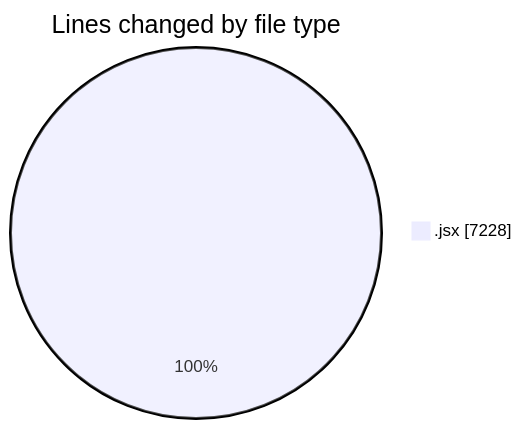
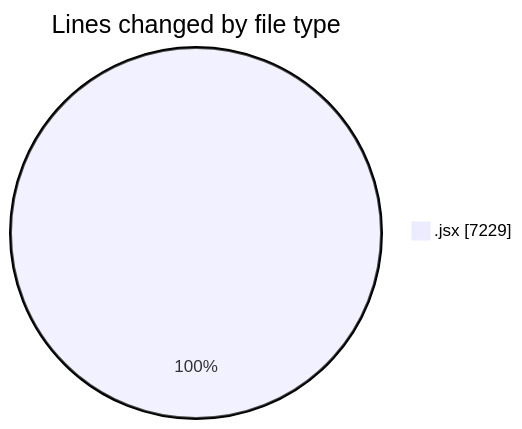
The first of 2 diagrams in 2025-05-14/argos-dev/README.md (nxtqubesakshisongat/code-tracking), drawn with Mermaid before and after one commit. The commit also changed other lines of this file and 1 other file, not shown here.

````diff
--- a/2025-05-14/argos-dev/README.md
+++ b/2025-05-14/argos-dev/README.md
@@ -28,5 +28,5 @@
 ```mermaid
 pie showData
 title Lines changed by file type
-".jsx" : 7228
+".jsx" : 7229
 ```
````
